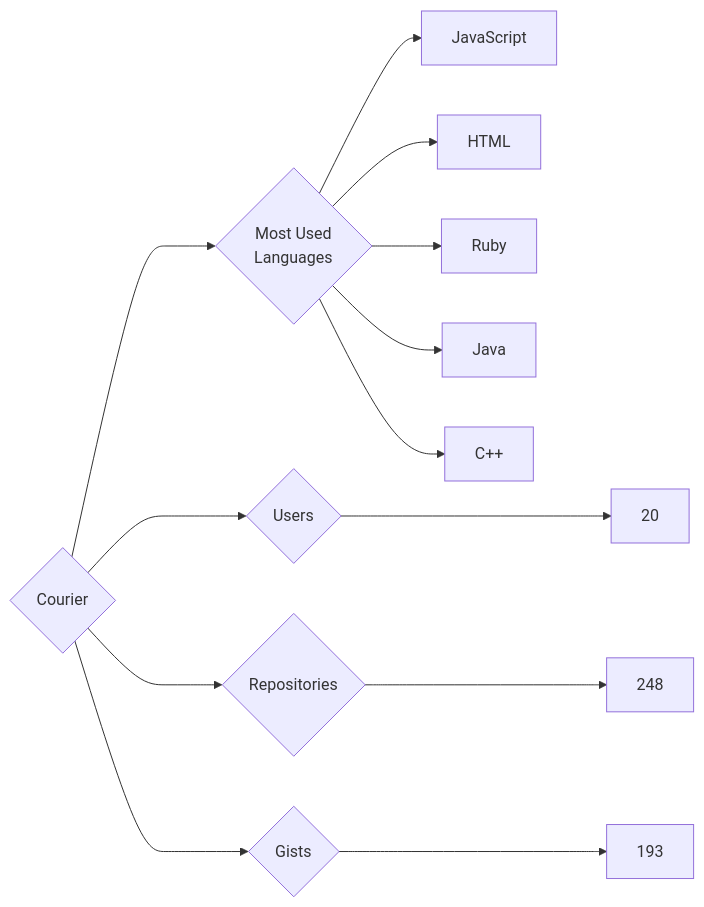
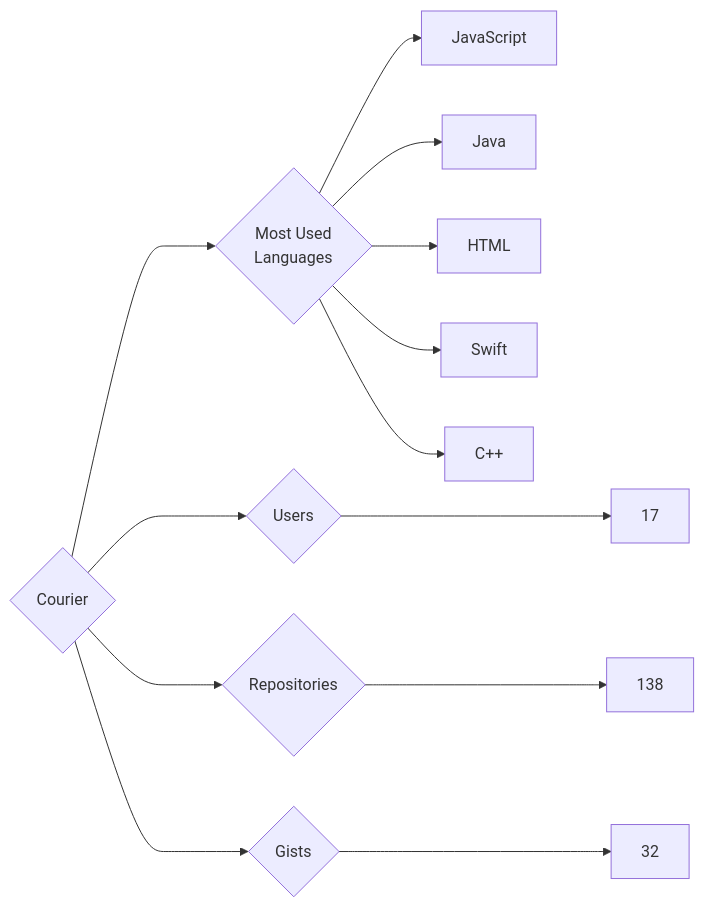
The diagram in targets/Courier/README.md (trickest/insiders), drawn with Mermaid before and after one commit. The commit also changed 965 other files, not shown here.

````diff
--- a/targets/Courier/README.md
+++ b/targets/Courier/README.md
@@ -3,13 +3,13 @@
 ```mermaid
 graph LR
 COMPANY_NAME{Courier}
-COMPANY_NAME ---> U{Users} ---> UN[20]
-COMPANY_NAME ---> R{Repositories} ---> RN[248]
-COMPANY_NAME ---> G{Gists} ---> GN[193]
+COMPANY_NAME ---> U{Users} ---> UN[17]
+COMPANY_NAME ---> R{Repositories} ---> RN[138]
+COMPANY_NAME ---> G{Gists} ---> GN[32]
 COMPANY_NAME ---> ML{Most Used<br>Languages}
 ML --> JavaScript[JavaScript]
+ML --> Java[Java]
 ML --> HTML[HTML]
-ML --> Ruby[Ruby]
-ML --> Java[Java]
+ML --> Swift[Swift]
 ML --> C++[C++]
 ```
````
